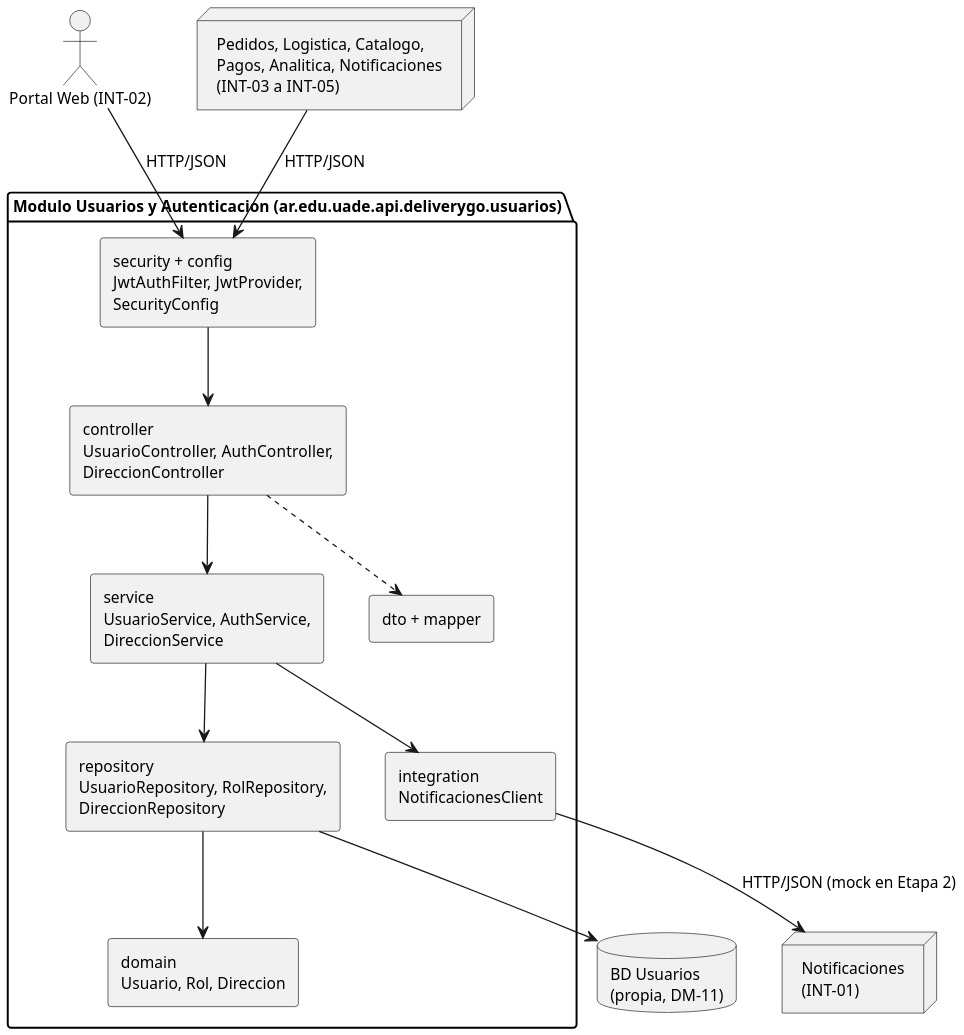
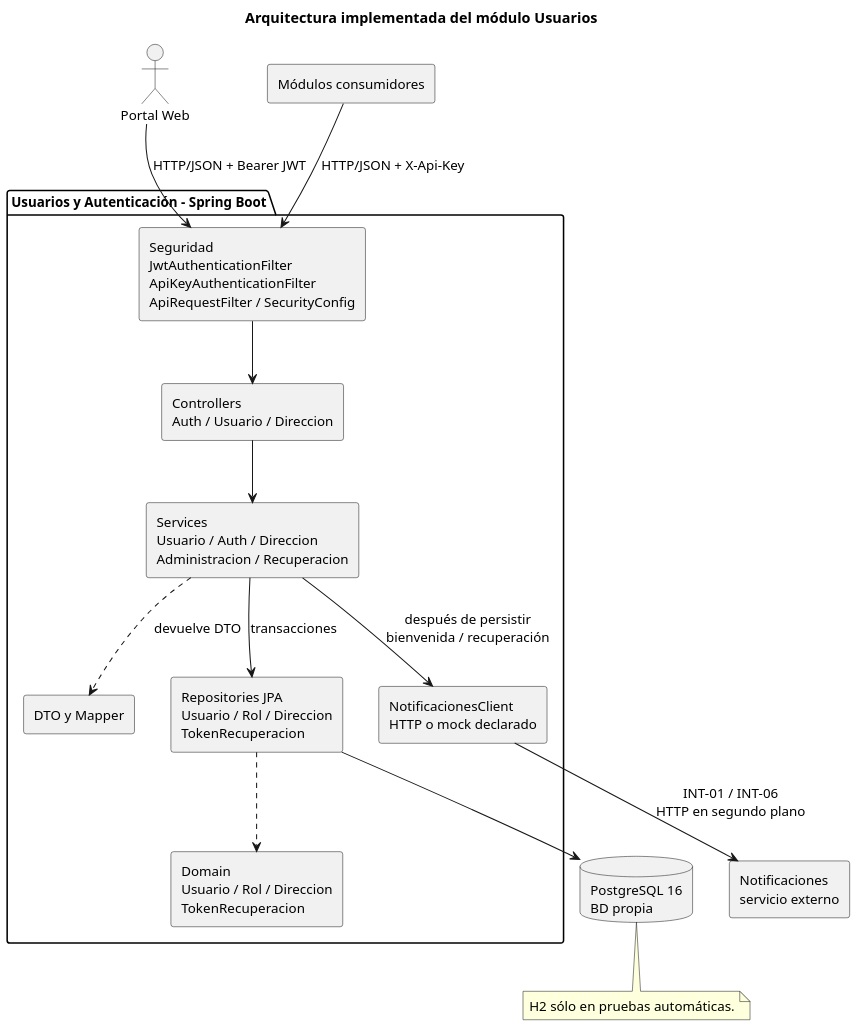
Before and after one commit to CarlaGorgal2002/deliverygo-usuarios-auth: the diagram in doc/Diagramas/arquitectura.puml, drawn with PlantUML. The commit also changed 50 other files, not shown here.

Commit message:
docs: completar entrega con Postman, diagramas e integraciones verificadas

```diff
--- a/doc/Diagramas/arquitectura.puml
+++ b/doc/Diagramas/arquitectura.puml
@@ -1,28 +1,33 @@
 @startuml arquitectura
-skinparam dpi 170
+skinparam dpi 135
+skinparam shadowing false
+skinparam defaultFontName Arial
+skinparam defaultFontSize 13
+skinparam sequenceMessageAlign center
+title Arquitectura implementada del módulo Usuarios
 skinparam componentStyle rectangle
-skinparam defaultFontSize 12
-actor "Portal Web (INT-02)" as Portal
-node "Pedidos, Logistica, Catalogo,\nPagos, Analitica, Notificaciones\n(INT-03 a INT-05)" as Mods
-package "Modulo Usuarios y Autenticacion (ar.edu.uade.api.deliverygo.usuarios)" {
-  [security + config\nJwtAuthFilter, JwtProvider,\nSecurityConfig] as Sec
-  [controller\nUsuarioController, AuthController,\nDireccionController] as Ctrl
-  [service\nUsuarioService, AuthService,\nDireccionService] as Srv
-  [repository\nUsuarioRepository, RolRepository,\nDireccionRepository] as Rep
-  [integration\nNotificacionesClient] as Int
-  [dto + mapper] as Dto
-  [domain\nUsuario, Rol, Direccion] as Model
+actor "Portal Web" as Portal
+component "Módulos consumidores" as Mods
+package "Usuarios y Autenticación - Spring Boot" {
+ [Seguridad\nJwtAuthenticationFilter\nApiKeyAuthenticationFilter\nApiRequestFilter / SecurityConfig] as Sec
+ [Controllers\nAuth / Usuario / Direccion] as Ctrl
+ [Services\nUsuario / Auth / Direccion\nAdministracion / Recuperacion] as Srv
+ [DTO y Mapper] as Dto
+ [Repositories JPA\nUsuario / Rol / Direccion\nTokenRecuperacion] as Rep
+ [Domain\nUsuario / Rol / Direccion\nTokenRecuperacion] as Dom
+ [NotificacionesClient\nHTTP o mock declarado] as Int
 }
-database "BD Usuarios\n(propia, DM-11)" as BD
-node "Notificaciones\n(INT-01)" as Notif
-Portal --> Sec : HTTP/JSON
-Mods --> Sec : HTTP/JSON
+database "PostgreSQL 16\nBD propia" as BD
+component "Notificaciones\nservicio externo" as Notif
+Portal --> Sec : HTTP/JSON + Bearer JWT
+Mods --> Sec : HTTP/JSON + X-Api-Key
 Sec --> Ctrl
 Ctrl --> Srv
-Ctrl ..> Dto
-Srv --> Rep
-Srv --> Int
-Rep --> Model
+Srv ..> Dto : devuelve DTO
+Srv --> Rep : transacciones
+Rep ..> Dom
 Rep --> BD
-Int --> Notif : HTTP/JSON (mock en Etapa 2)
+Srv --> Int : después de persistir\nbienvenida / recuperación
+Int --> Notif : INT-01 / INT-06\nHTTP en segundo plano
+note bottom of BD : H2 sólo en pruebas automáticas.
 @enduml
```
